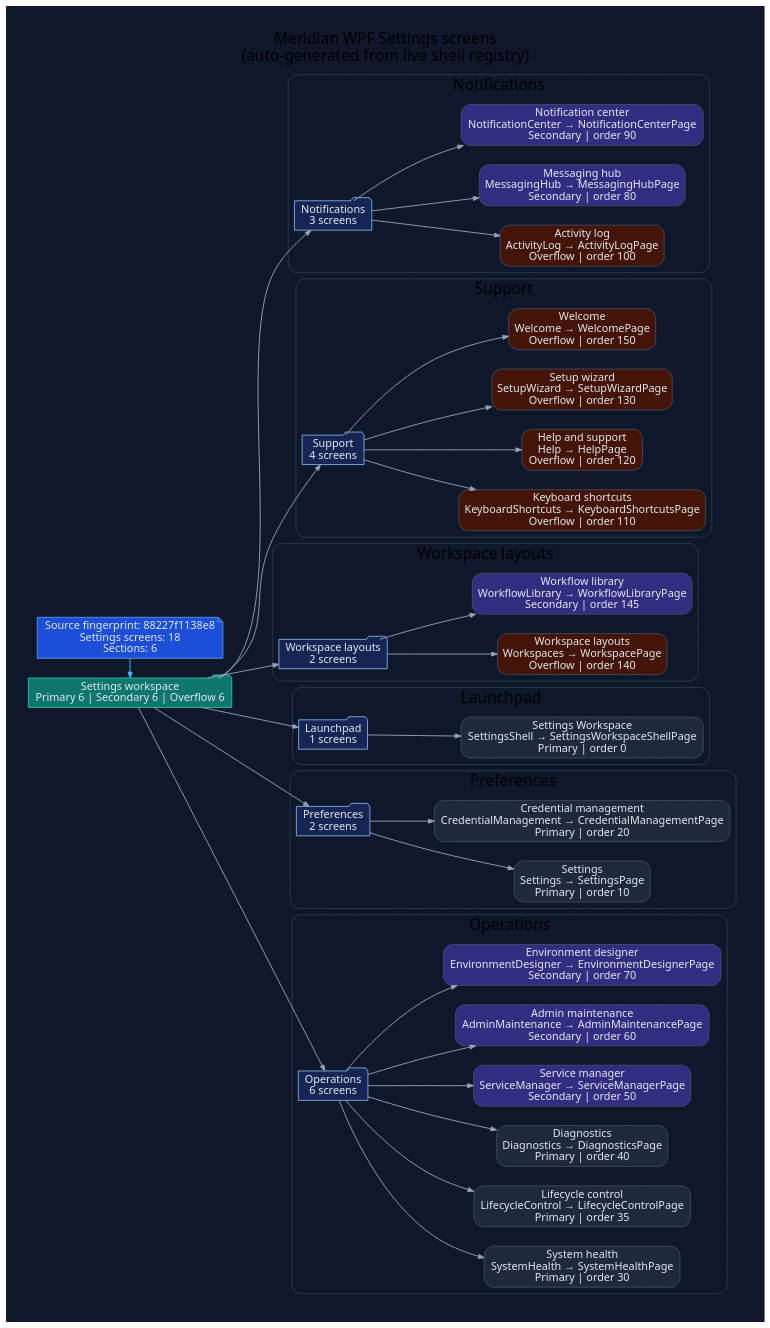
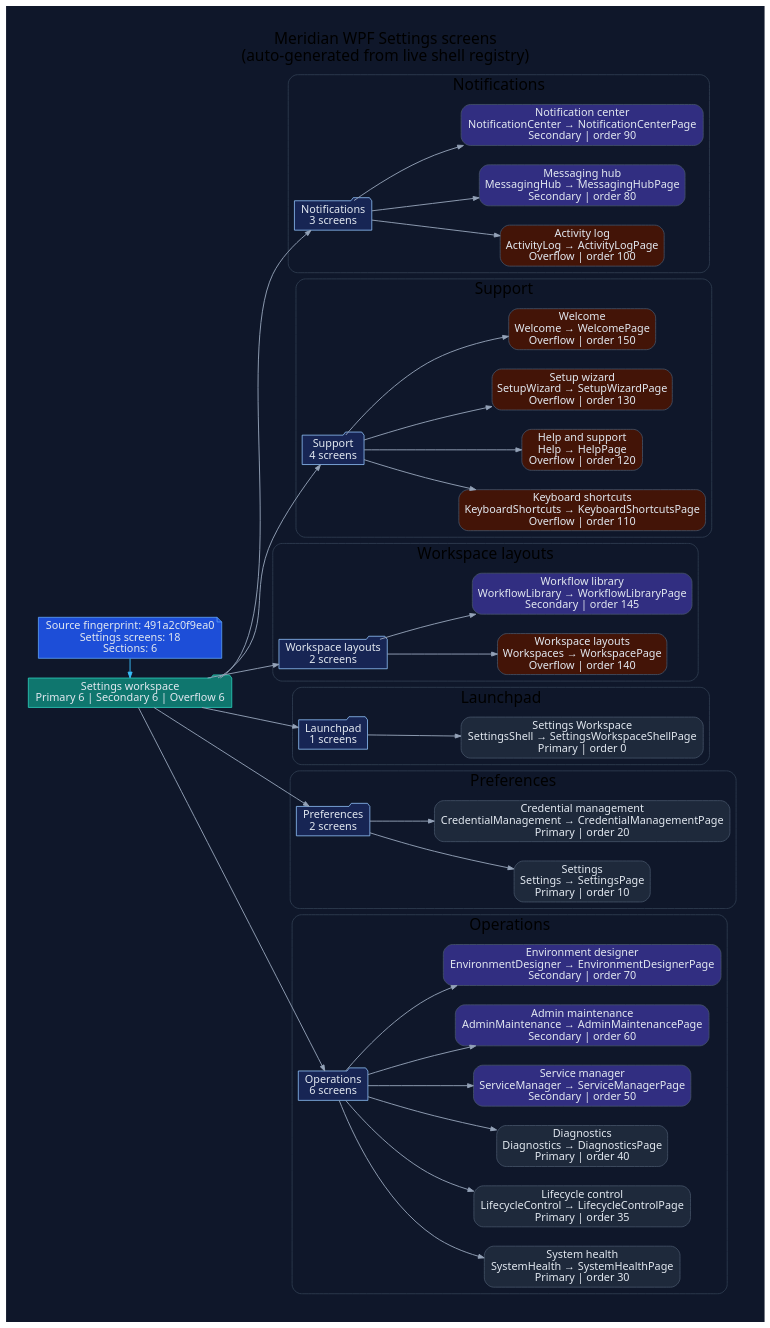
One commit to rodoHasArrived/Meridian-main changed the diagram in docs/diagrams/ui-wpf-screens-settings.dot. Above: the diagram before and after it, drawn with Graphviz. The commit also changed 21 other files, not shown here.

First line of the commit message:
Regenerate WPF UI diagrams for the updated source fingerprint

```diff
--- a/docs/diagrams/ui-wpf-screens-settings.dot
+++ b/docs/diagrams/ui-wpf-screens-settings.dot
@@ -1,110 +1,110 @@
 // -----------------------------------------------------------------------------
 // <auto-generated>
 // Generated by scripts/generate-diagrams.mjs.
 // Do not edit this file directly; update the WPF source files instead.
 // -----------------------------------------------------------------------------
 digraph WpfSettingsScreens {
   graph [
     rankdir=LR,
     labelloc=t,
     label="Meridian WPF Settings screens\n(auto-generated from live shell registry)",
     fontname="Segoe UI",
     fontsize=20,
     pad=0.4,
     nodesep=0.35,
     ranksep=0.85,
     bgcolor="#0f172a"
   ];
   node [fontname="Segoe UI", shape=box, style="rounded,filled", color="#475569", fontcolor="#e2e8f0", fillcolor="#1e293b"];
   edge [fontname="Segoe UI", color="#94a3b8", penwidth=1.2, arrowsize=0.75];
 
-  generated [shape=note, fillcolor="#1d4ed8", color="#60a5fa", label="Source fingerprint: 88227f1138e8\nSettings screens: 18\nSections: 6"];
+  generated [shape=note, fillcolor="#1d4ed8", color="#60a5fa", label="Source fingerprint: 491a2c0f9ea0\nSettings screens: 18\nSections: 6"];
   workspace [shape=folder, fillcolor="#0f766e", color="#2dd4bf", label="Settings workspace\nPrimary 6 | Secondary 6 | Overflow 6"];
   generated -> workspace [color="#38bdf8"];
 
   subgraph cluster_section_1 {
     label="Notifications";
     color="#334155";
     style="rounded";
     section_1 [shape=folder, fillcolor="#172554", color="#93c5fd", label="Notifications\n3 screens"];
     workspace -> section_1;
     screen_ActivityLog [fillcolor="#431407", label="Activity log\nActivityLog → ActivityLogPage\nOverflow | order 100"];
     section_1 -> screen_ActivityLog;
     screen_MessagingHub [fillcolor="#312e81", label="Messaging hub\nMessagingHub → MessagingHubPage\nSecondary | order 80"];
     section_1 -> screen_MessagingHub;
     screen_NotificationCenter [fillcolor="#312e81", label="Notification center\nNotificationCenter → NotificationCenterPage\nSecondary | order 90"];
     section_1 -> screen_NotificationCenter;
   }
 
   subgraph cluster_section_2 {
     label="Support";
     color="#334155";
     style="rounded";
     section_2 [shape=folder, fillcolor="#172554", color="#93c5fd", label="Support\n4 screens"];
     workspace -> section_2;
     screen_KeyboardShortcuts [fillcolor="#431407", label="Keyboard shortcuts\nKeyboardShortcuts → KeyboardShortcutsPage\nOverflow | order 110"];
     section_2 -> screen_KeyboardShortcuts;
     screen_Help [fillcolor="#431407", label="Help and support\nHelp → HelpPage\nOverflow | order 120"];
     section_2 -> screen_Help;
     screen_SetupWizard [fillcolor="#431407", label="Setup wizard\nSetupWizard → SetupWizardPage\nOverflow | order 130"];
     section_2 -> screen_SetupWizard;
     screen_Welcome [fillcolor="#431407", label="Welcome\nWelcome → WelcomePage\nOverflow | order 150"];
     section_2 -> screen_Welcome;
   }
 
   subgraph cluster_section_3 {
     label="Workspace layouts";
     color="#334155";
     style="rounded";
     section_3 [shape=folder, fillcolor="#172554", color="#93c5fd", label="Workspace layouts\n2 screens"];
     workspace -> section_3;
     screen_Workspaces [fillcolor="#431407", label="Workspace layouts\nWorkspaces → WorkspacePage\nOverflow | order 140"];
     section_3 -> screen_Workspaces;
     screen_WorkflowLibrary [fillcolor="#312e81", label="Workflow library\nWorkflowLibrary → WorkflowLibraryPage\nSecondary | order 145"];
     section_3 -> screen_WorkflowLibrary;
   }
 
   subgraph cluster_section_4 {
     label="Launchpad";
     color="#334155";
     style="rounded";
     section_4 [shape=folder, fillcolor="#172554", color="#93c5fd", label="Launchpad\n1 screens"];
     workspace -> section_4;
     screen_SettingsShell [fillcolor="#1e293b", label="Settings Workspace\nSettingsShell → SettingsWorkspaceShellPage\nPrimary | order 0"];
     section_4 -> screen_SettingsShell;
   }
 
   subgraph cluster_section_5 {
     label="Preferences";
     color="#334155";
     style="rounded";
     section_5 [shape=folder, fillcolor="#172554", color="#93c5fd", label="Preferences\n2 screens"];
     workspace -> section_5;
     screen_Settings [fillcolor="#1e293b", label="Settings\nSettings → SettingsPage\nPrimary | order 10"];
     section_5 -> screen_Settings;
     screen_CredentialManagement [fillcolor="#1e293b", label="Credential management\nCredentialManagement → CredentialManagementPage\nPrimary | order 20"];
     section_5 -> screen_CredentialManagement;
   }
 
   subgraph cluster_section_6 {
     label="Operations";
     color="#334155";
     style="rounded";
     section_6 [shape=folder, fillcolor="#172554", color="#93c5fd", label="Operations\n6 screens"];
     workspace -> section_6;
     screen_SystemHealth [fillcolor="#1e293b", label="System health\nSystemHealth → SystemHealthPage\nPrimary | order 30"];
     section_6 -> screen_SystemHealth;
     screen_LifecycleControl [fillcolor="#1e293b", label="Lifecycle control\nLifecycleControl → LifecycleControlPage\nPrimary | order 35"];
     section_6 -> screen_LifecycleControl;
     screen_Diagnostics [fillcolor="#1e293b", label="Diagnostics\nDiagnostics → DiagnosticsPage\nPrimary | order 40"];
     section_6 -> screen_Diagnostics;
     screen_ServiceManager [fillcolor="#312e81", label="Service manager\nServiceManager → ServiceManagerPage\nSecondary | order 50"];
     section_6 -> screen_ServiceManager;
     screen_AdminMaintenance [fillcolor="#312e81", label="Admin maintenance\nAdminMaintenance → AdminMaintenancePage\nSecondary | order 60"];
     section_6 -> screen_AdminMaintenance;
     screen_EnvironmentDesigner [fillcolor="#312e81", label="Environment designer\nEnvironmentDesigner → EnvironmentDesignerPage\nSecondary | order 70"];
     section_6 -> screen_EnvironmentDesigner;
   }
 
   { rank=min; generated; workspace; }
 }
```
